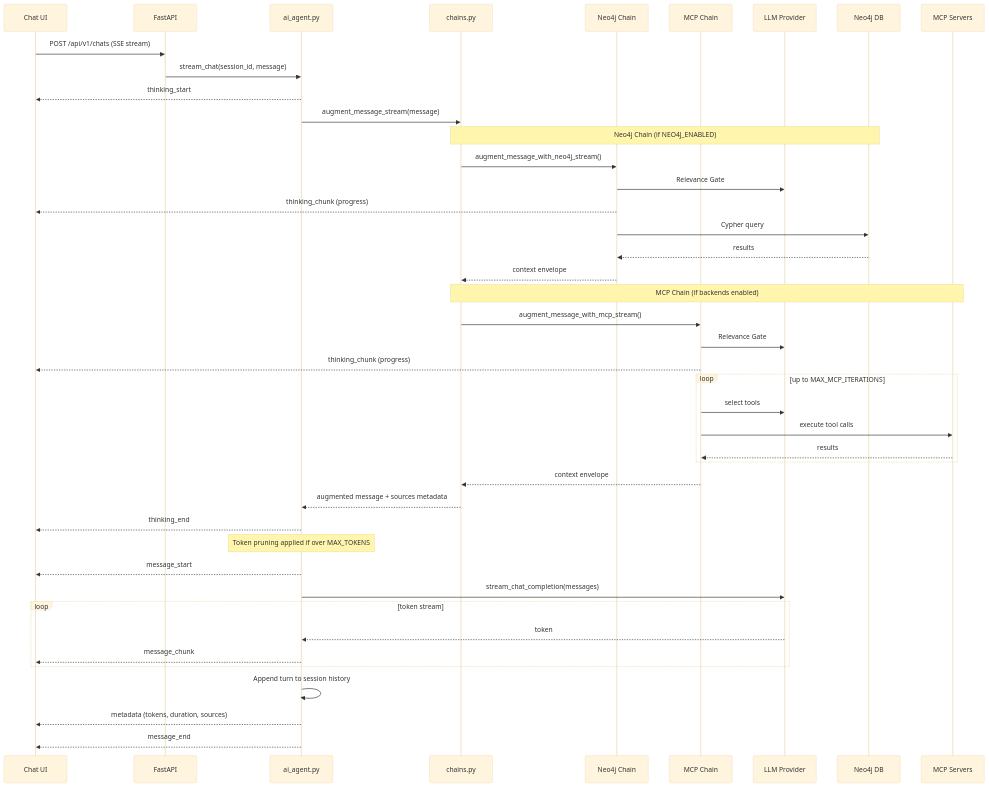
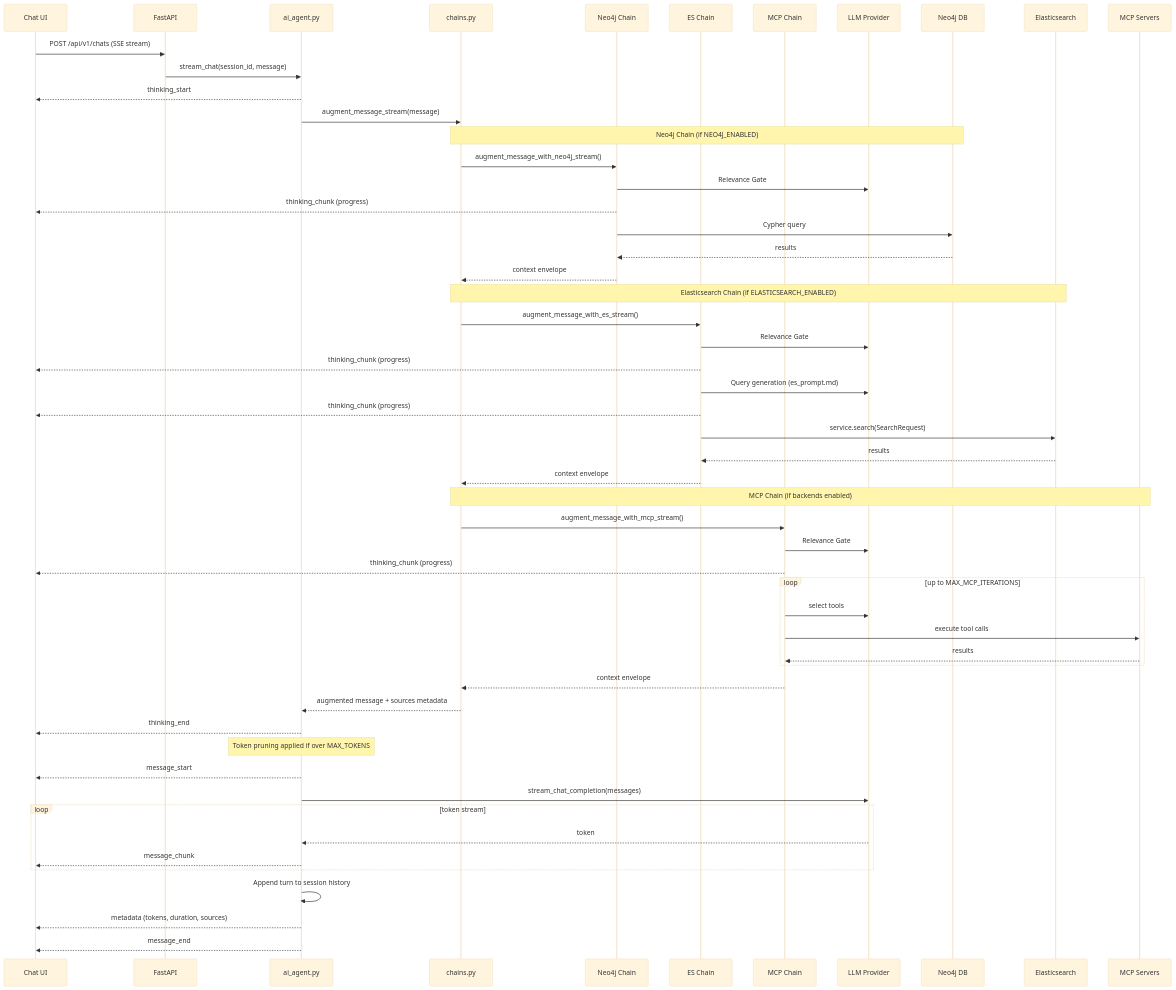
One commit to shuvabrata/ai-tech-lead changed the seventh of 8 diagrams in docs/design/ai_agent_design_workflow.md. Above: the diagram before and after it, drawn with Mermaid (base theme). The commit also changed other lines of this file and 11 other files, not shown here.

````diff
--- a/docs/design/ai_agent_design_workflow.md
+++ b/docs/design/ai_agent_design_workflow.md
@@ -133,53 +167,66 @@
 ```mermaid
 sequenceDiagram
     participant UI as Chat UI
     participant API as FastAPI
     participant Agent as ai_agent.py
     participant Chains as chains.py
     participant NChain as Neo4j Chain
+    participant ESChain as ES Chain
     participant MChain as MCP Chain
     participant Provider as LLM Provider
     participant Neo4j as Neo4j DB
+    participant ES as Elasticsearch
     participant MCP as MCP Servers
 
     UI->>API: POST /api/v1/chats (SSE stream)
     API->>Agent: stream_chat(session_id, message)
     Agent-->>UI: thinking_start
 
     Agent->>Chains: augment_message_stream(message)
 
     Note over Chains,Neo4j: Neo4j Chain (if NEO4J_ENABLED)
     Chains->>NChain: augment_message_with_neo4j_stream()
     NChain->>Provider: Relevance Gate
     NChain-->>UI: thinking_chunk (progress)
     NChain->>Neo4j: Cypher query
     Neo4j-->>NChain: results
     NChain-->>Chains: context envelope
 
+    Note over Chains,ES: Elasticsearch Chain (if ELASTICSEARCH_ENABLED)
+    Chains->>ESChain: augment_message_with_es_stream()
+    ESChain->>Provider: Relevance Gate
+    ESChain-->>UI: thinking_chunk (progress)
+    ESChain->>Provider: Query generation (es_prompt.md)
+    ESChain-->>UI: thinking_chunk (progress)
+    ESChain->>ES: service.search(SearchRequest)
+    ES-->>ESChain: results
+    ESChain-->>Chains: context envelope
+
     Note over Chains,MCP: MCP Chain (if backends enabled)
     Chains->>MChain: augment_message_with_mcp_stream()
     MChain->>Provider: Relevance Gate
     MChain-->>UI: thinking_chunk (progress)
+
     loop up to MAX_MCP_ITERATIONS
         MChain->>Provider: select tools
         MChain->>MCP: execute tool calls
         MCP-->>MChain: results
     end
     MChain-->>Chains: context envelope
 
     Chains-->>Agent: augmented message + sources metadata
     Agent-->>UI: thinking_end
 
     Note over Agent: Token pruning applied if over MAX_TOKENS
     Agent-->>UI: message_start
 
     Agent->>Provider: stream_chat_completion(messages)
     loop token stream
         Provider-->>Agent: token
         Agent-->>UI: message_chunk
     end
 
     Agent->>Agent: Append turn to session history
     Agent-->>UI: metadata (tokens, duration, sources)
     Agent-->>UI: message_end
 ```
````
